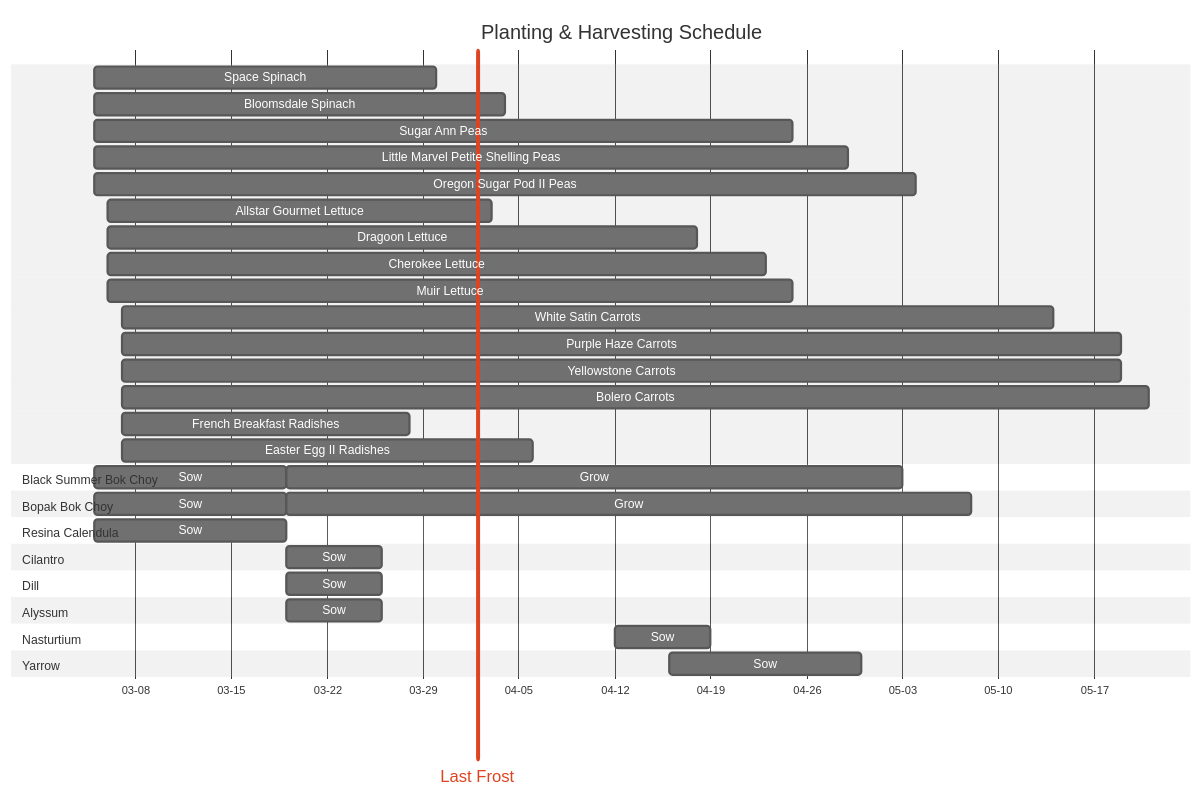
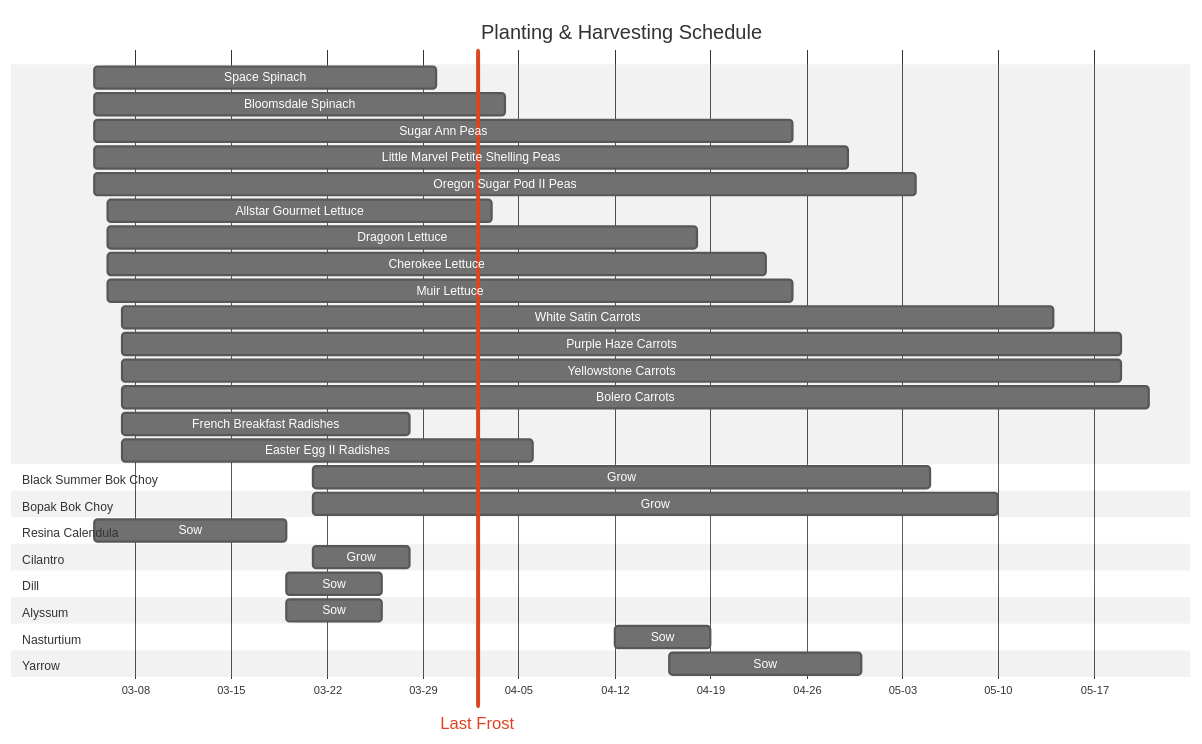
One commit to bjenning04/foam changed the diagram in 2026-planting-schedule.md. Above: the diagram before and after it, drawn with Mermaid (neutral theme).

Commit message:
Mar 21, 2026, 11:33 AM

````diff
--- a/2026-planting-schedule.md
+++ b/2026-planting-schedule.md
@@ -6,43 +6,41 @@
 ```mermaid
 ---
 displayMode: compact
 ---
 gantt
     title Planting & Harvesting Schedule
     dateFormat YYYY-MM-DD
     axisFormat %m-%d
     Last Frost: vert, 2026-04-02, 0d
     Space Spinach: 2026-03-05, 25d
     Bloomsdale Spinach: 2026-03-05, 30d
     Sugar Ann Peas: 2026-03-05, 51d
     Little Marvel Petite Shelling Peas: 2026-03-05, 55d
     Oregon Sugar Pod II Peas: 2026-03-05, 60d
     Allstar Gourmet Lettuce: 2026-03-06, 28d
     Dragoon Lettuce: 2026-03-06, 43d
     Cherokee Lettuce: 2026-03-06, 48d
     Muir Lettuce: 2026-03-06, 50d
     White Satin Carrots: 2026-03-07, 68d
     Purple Haze Carrots: 2026-03-07, 73d
     Yellowstone Carrots: 2026-03-07, 73d
     Bolero Carrots: 2026-03-07, 75d
     French Breakfast Radishes: 2026-03-07, 21d
     Easter Egg II Radishes: 2026-03-07, 30d
     Section Black Summer Bok Choy
-        Sow: 2026-03-05, 14d
-        Grow: 2026-03-19, 45d
+        Grow: 2026-03-21, 45d
     Section Bopak Bok Choy
-        Sow: 2026-03-05, 14d
-        Grow: 2026-03-19, 50d
+        Grow: 2026-03-21, 50d
     Section Resina Calendula
         Sow: 2026-03-05, 14d
     Section Cilantro
-        Sow: 2026-03-19, 7d
+        Grow: 2026-03-21, 7d
     Section Dill
         Sow: 2026-03-19, 7d
     Section Alyssum
         Sow: 2026-03-19, 7d
     Section Nasturtium
         Sow: 2026-04-12, 7d
     Section Yarrow
         Sow: 2026-04-16, 14d
 ```
````
